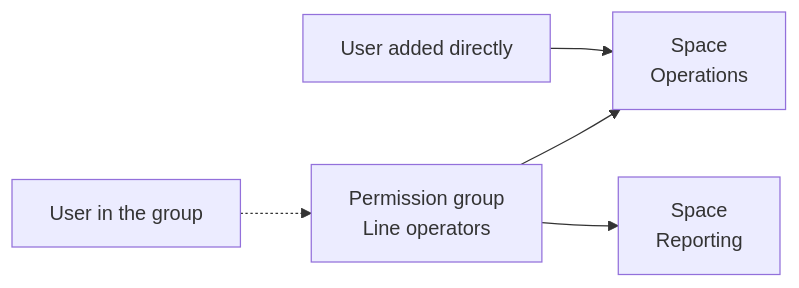
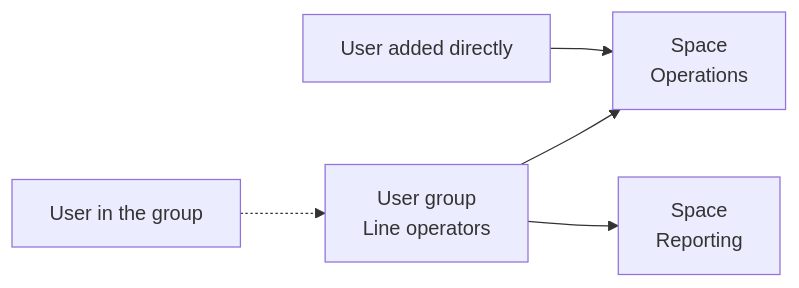
Before and after one commit to quixio/quix-docs: the diagram in docs/quix-cloud/spaces/membership.md, drawn with Mermaid. The commit also changed other lines of this file and 8 other files, not shown here.

````diff
--- a/docs/quix-cloud/spaces/membership.md
+++ b/docs/quix-cloud/spaces/membership.md
@@ -27,7 +27,7 @@
 ```mermaid
 flowchart LR
-    G["Permission group<br/>Line operators"] --> S1["Space<br/>Operations"]
+    G["User group<br/>Line operators"] --> S1["Space<br/>Operations"]
     U1["User in the group"] -.-> G
     U2["User added directly"] --> S1
     G --> S2["Space<br/>Reporting"]
 ```
````
